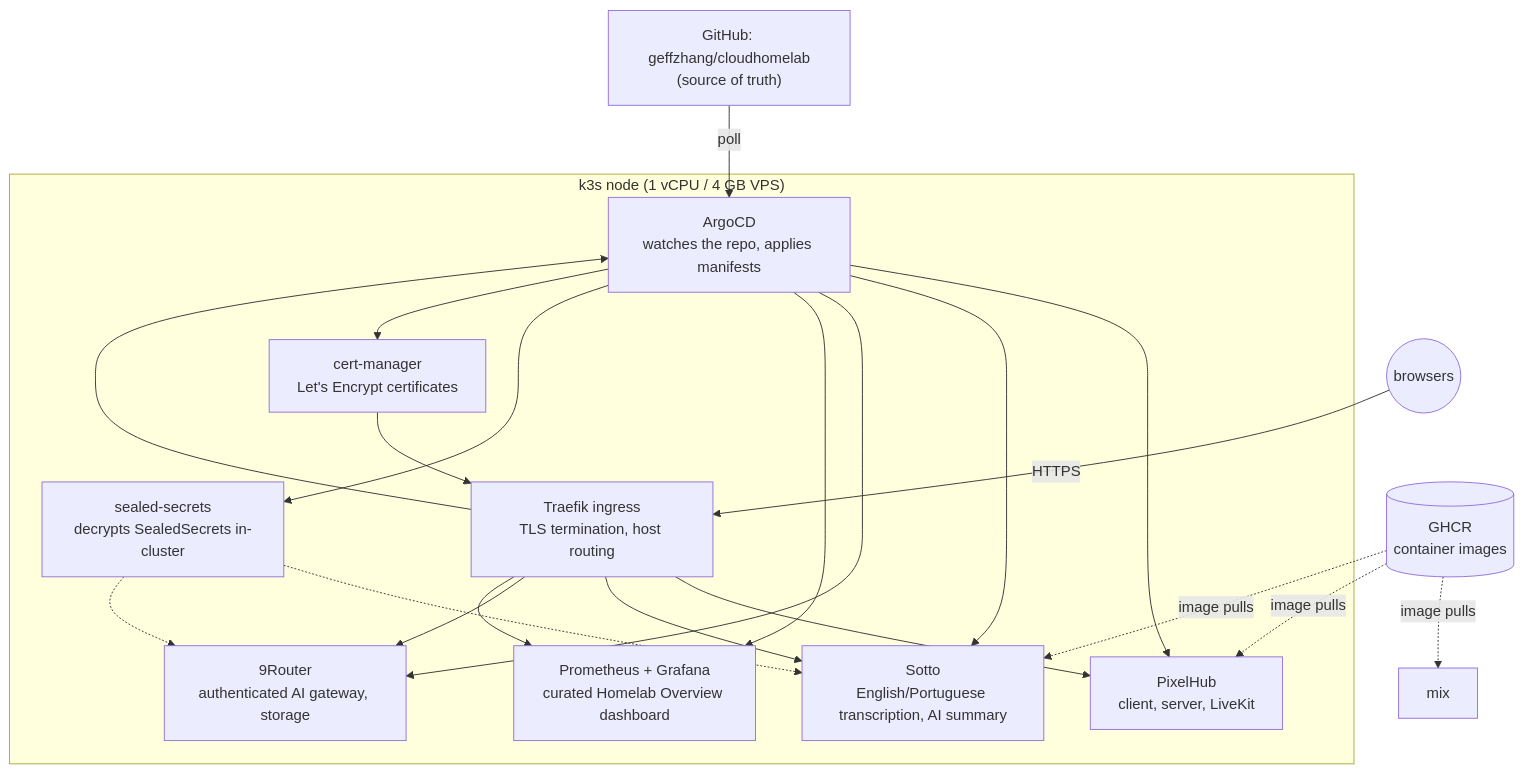
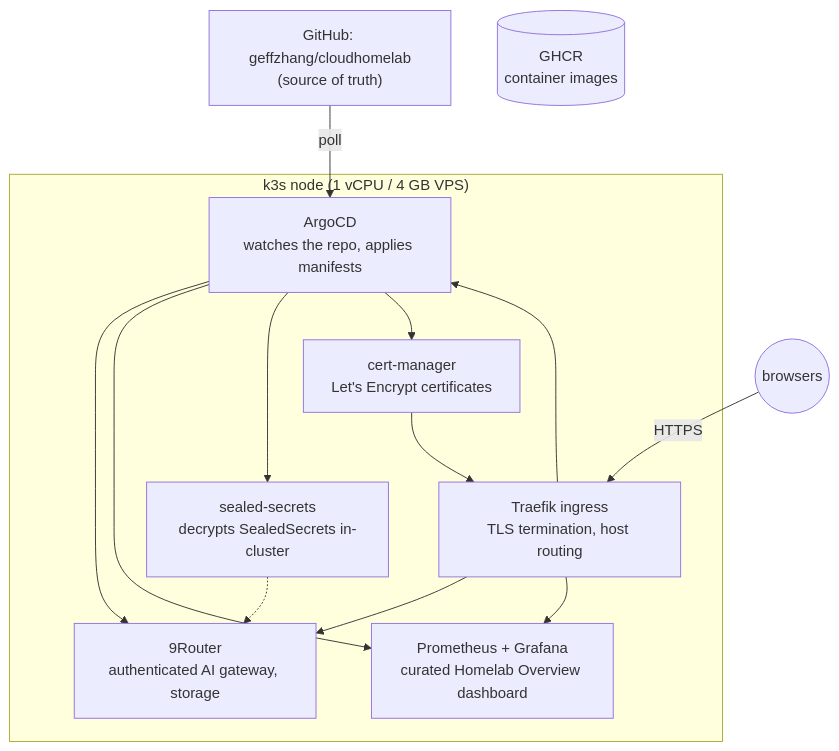
The first of 3 diagrams in README.md (geffzhang/cloudhomelab), drawn with Mermaid before and after one commit. The commit also changed other lines of this file and 30 other files, not shown here.

````diff
--- a/README.md
+++ b/README.md
@@ -50,36 +46,26 @@
 ```mermaid
 flowchart TB
     gh["GitHub: geffzhang/cloudhomelab<br/>(source of truth)"]
     subgraph node["k3s node (1 vCPU / 4 GB VPS)"]
         argo["ArgoCD<br/>watches the repo, applies manifests"]
         traefik["Traefik ingress<br/>TLS termination, host routing"]
         cm["cert-manager<br/>Let's Encrypt certificates"]
         seal["sealed-secrets<br/>decrypts SealedSecrets in-cluster"]
-        pixel["PixelHub<br/>client, server, LiveKit"]
-        sotto["Sotto<br/>English/Portuguese transcription, AI summary"]
         router["9Router<br/>authenticated AI gateway, storage"]
         mon["Prometheus + Grafana<br/>curated Homelab Overview dashboard"]
     end
     ghcr[("GHCR<br/>container images")]
     users(("browsers"))
 
     gh -->|poll| argo
-    argo --> pixel
-    argo --> sotto
     argo --> router
     argo --> mon
     argo --> seal
     argo --> cm
     cm --> traefik
     users -->|HTTPS| traefik
-    traefik --> pixel
-    traefik --> sotto
     traefik --> router
     traefik --> argo
     traefik --> mon
-    ghcr -.->|image pulls| pixel
-    ghcr -.->|image pulls| mix
-    ghcr -.->|image pulls| sotto
-    seal -.-> sotto
     seal -.-> router
 ```
````
